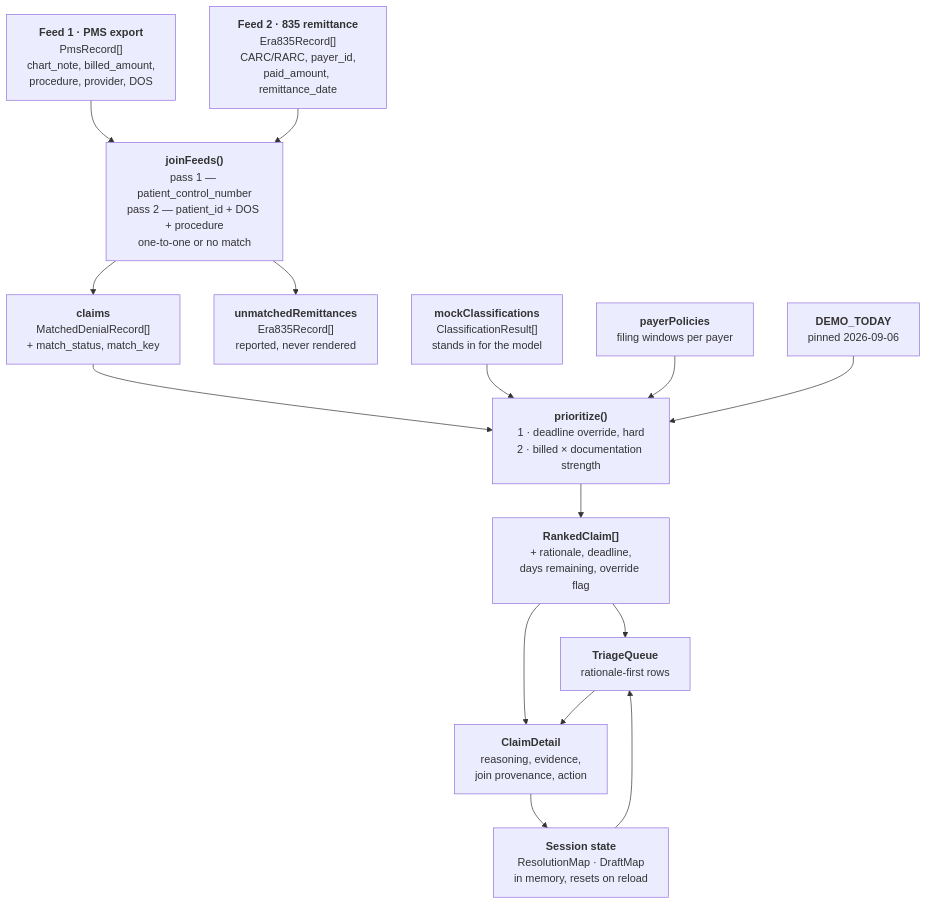
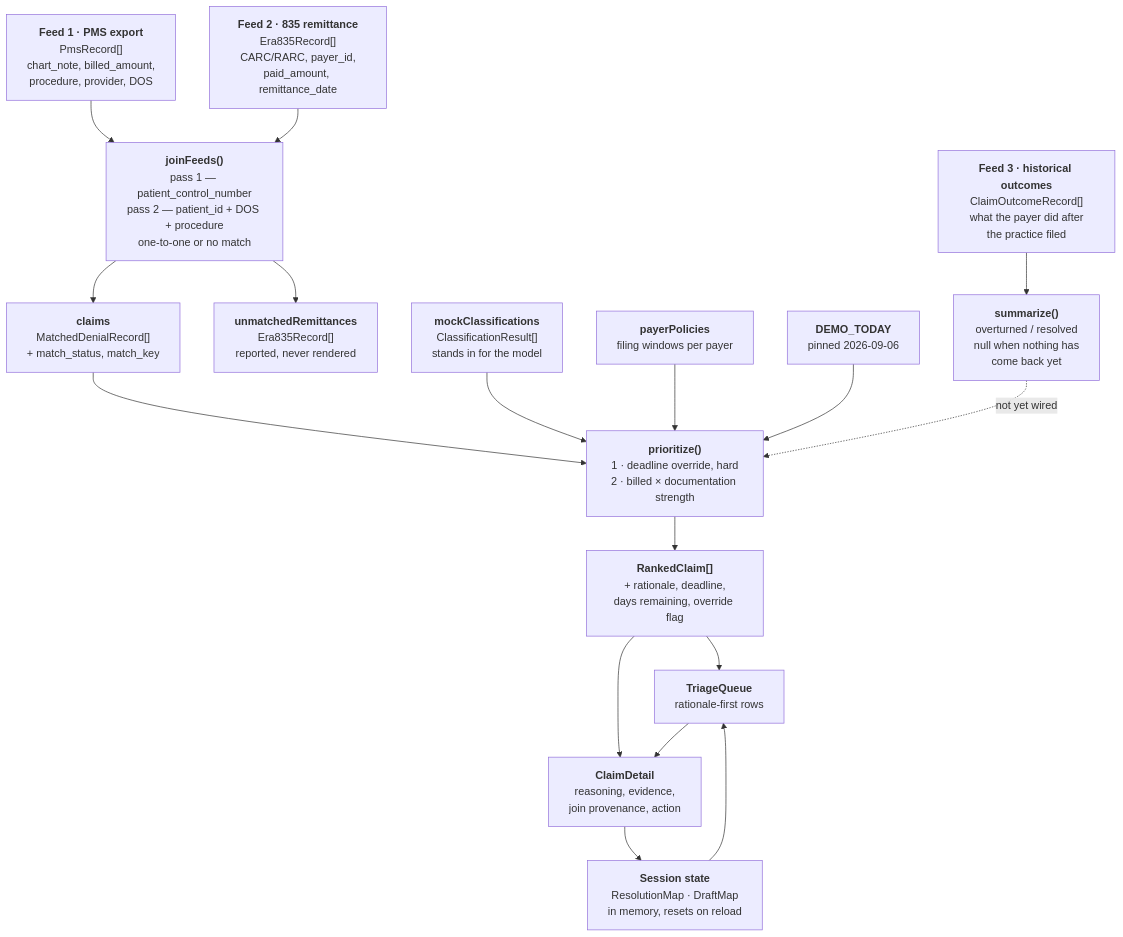
One commit to jrs-25/gumline changed the diagram in docs/system-diagram.md. Above: the diagram before and after it, drawn with Mermaid. The commit also changed other lines of this file and 4 other files, not shown here.

First line of the commit message:
Add a historical outcomes log as a structured feed

````diff
--- a/docs/system-diagram.md
+++ b/docs/system-diagram.md
@@ -12,37 +12,43 @@
 ```mermaid
 flowchart TD
     PMS["<b>Feed 1 · PMS export</b><br/>PmsRecord[]<br/>chart_note, billed_amount,<br/>procedure, provider, DOS"]
     ERA["<b>Feed 2 · 835 remittance</b><br/>Era835Record[]<br/>CARC/RARC, payer_id,<br/>paid_amount, remittance_date"]
 
     JOIN["<b>joinFeeds()</b><br/>pass 1 — patient_control_number<br/>pass 2 — patient_id + DOS + procedure<br/>one-to-one or no match"]
 
     CLAIMS["<b>claims</b><br/>MatchedDenialRecord[]<br/>+ match_status, match_key"]
     ORPHANS["<b>unmatchedRemittances</b><br/>Era835Record[]<br/>reported, never rendered"]
 
     CLS["<b>mockClassifications</b><br/>ClassificationResult[]<br/>stands in for the model"]
     POL["<b>payerPolicies</b><br/>filing windows per payer"]
     TODAY["<b>DEMO_TODAY</b><br/>pinned 2026-09-06"]
+
+    OUT["<b>Feed 3 · historical outcomes</b><br/>ClaimOutcomeRecord[]<br/>what the payer did after<br/>the practice filed"]
+    SUM["<b>summarize()</b><br/>overturned / resolved<br/>null when nothing has<br/>come back yet"]
 
     PRIO["<b>prioritize()</b><br/>1 · deadline override, hard<br/>2 · billed × documentation strength"]
 
     RANKED["<b>RankedClaim[]</b><br/>+ rationale, deadline,<br/>days remaining, override flag"]
 
     QUEUE["<b>TriageQueue</b><br/>rationale-first rows"]
     DETAIL["<b>ClaimDetail</b><br/>reasoning, evidence,<br/>join provenance, action"]
     STATE["<b>Session state</b><br/>ResolutionMap · DraftMap<br/>in memory, resets on reload"]
 
     PMS --> JOIN
     ERA --> JOIN
     JOIN --> CLAIMS
     JOIN --> ORPHANS
     CLAIMS --> PRIO
     CLS --> PRIO
     POL --> PRIO
     TODAY --> PRIO
     PRIO --> RANKED
     RANKED --> QUEUE
     RANKED --> DETAIL
     QUEUE --> DETAIL
     DETAIL --> STATE
     STATE --> QUEUE
+
+    OUT --> SUM
+    SUM -.->|not yet wired| PRIO
 ```
````
